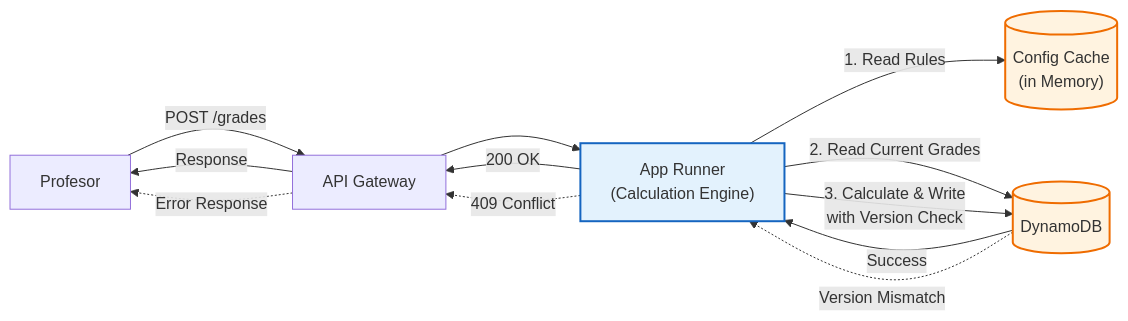
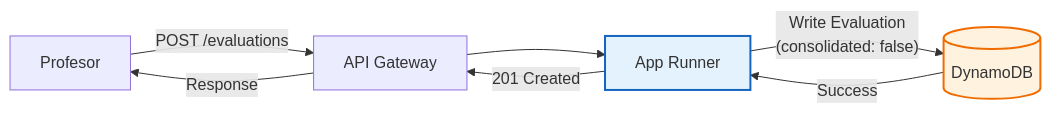
The second of 6 diagrams in README.md (fabzter/luca-home-assessment), drawn with Mermaid before and after one commit. The commit also changed other lines of this file, not shown here.

Commit message:
add evaluations, behaviour logging and key decisions. Still not satisfied with how it al sounds

````diff
--- a/README.md
+++ b/README.md
@@ -192,24 +205,17 @@
 ```mermaid
 flowchart LR
-    Teacher[Profesor] -->|"POST /grades"| APIG[API Gateway]
-    APIG --> AppRunner["App Runner<br/>(Calculation Engine)"]
+    Teacher[Profesor] -->|"POST /evaluations"| APIG[API Gateway]
+    APIG --> AppRunner[App Runner]
     
-    AppRunner -->|"1. Read Rules"| Cache[("Config Cache<br/>(in Memory)")]
-    AppRunner -->|"2. Read Current Grades"| DDB[("DynamoDB")]
-    
-    AppRunner -->|"3. Calculate & Write<br/>with Version Check"| DDB
+    AppRunner -->|"Write Evaluation<br/>(consolidated: false)"| DDB[(DynamoDB)]
     
     DDB -->|Success| AppRunner
-    AppRunner -->|"200 OK"| APIG
+    AppRunner -->|"201 Created"| APIG
     APIG -->|Response| Teacher
-    
-    DDB -.->|"Version Mismatch"| AppRunner
-    AppRunner -.->|"409 Conflict"| APIG
-    APIG -.->|"Error Response"| Teacher
     
     classDef compute fill:#e3f2fd,stroke:#1565c0,stroke-width:2px
     classDef data fill:#fff3e0,stroke:#ef6c00,stroke-width:2px
     
     class AppRunner compute
-    class DDB,Cache data
+    class DDB data
 ```
````
